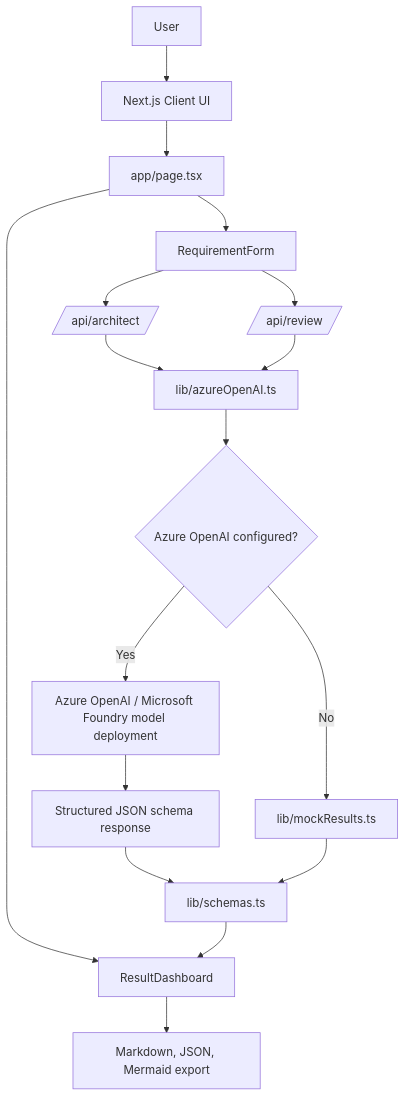
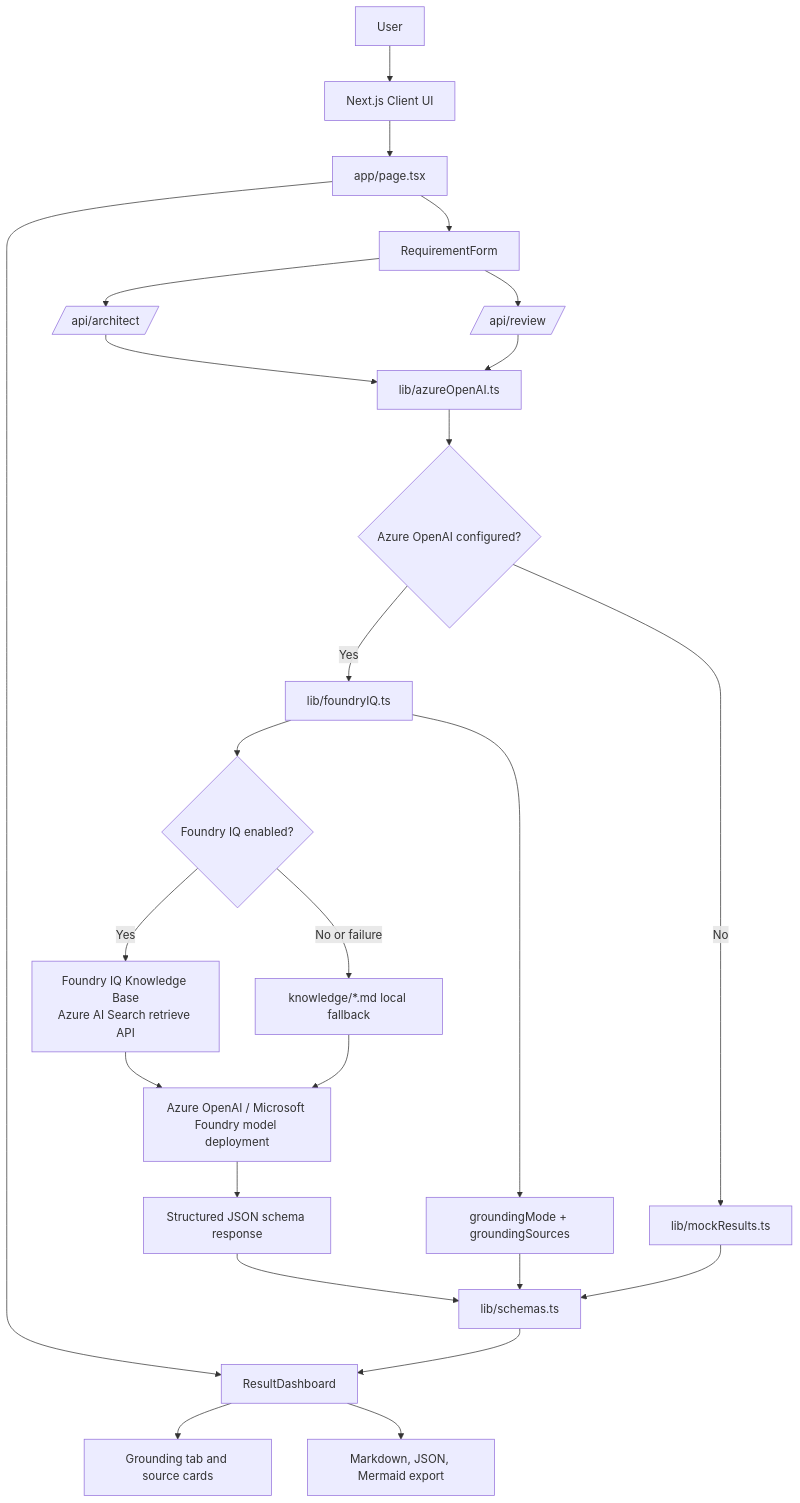
One commit to beretests/Power-Platform-Solution-Architect-Agent changed the first of 9 diagrams in docs/architecture.md. Above: the diagram before and after it, drawn with Mermaid. The commit also changed other lines of this file and 24 other files, not shown here.

Commit message:
Implement Foundry IQ grounding

````diff
--- a/docs/architecture.md
+++ b/docs/architecture.md
@@ -12,24 +12,33 @@
 ```mermaid
 flowchart TD
     User[User] --> Browser[Next.js Client UI]
     Browser --> Page[app/page.tsx]
     Page --> Form[RequirementForm]
     Page --> Dashboard[ResultDashboard]
 
     Form --> ArchitectRoute[/api/architect/]
     Form --> ReviewRoute[/api/review/]
 
     ArchitectRoute --> AzureWrapper[lib/azureOpenAI.ts]
     ReviewRoute --> AzureWrapper
 
     AzureWrapper --> EnvCheck{Azure OpenAI configured?}
-    EnvCheck -->|Yes| AzureOpenAI[Azure OpenAI / Microsoft Foundry model deployment]
+    EnvCheck -->|Yes| Grounding[lib/foundryIQ.ts]
     EnvCheck -->|No| MockResults[lib/mockResults.ts]
+
+    Grounding --> GroundingMode{Foundry IQ enabled?}
+    GroundingMode -->|Yes| FoundryIQ[Foundry IQ Knowledge Base<br/>Azure AI Search retrieve API]
+    GroundingMode -->|No or failure| LocalKnowledge[knowledge/*.md local fallback]
+    FoundryIQ --> AzureOpenAI[Azure OpenAI / Microsoft Foundry model deployment]
+    LocalKnowledge --> AzureOpenAI
 
     AzureOpenAI --> JsonSchema[Structured JSON schema response]
     JsonSchema --> ZodSchemas[lib/schemas.ts]
+    Grounding --> GroundingMetadata[groundingMode + groundingSources]
+    GroundingMetadata --> ZodSchemas
     MockResults --> ZodSchemas
 
     ZodSchemas --> Dashboard
+    Dashboard --> GroundingTab[Grounding tab and source cards]
     Dashboard --> ExportPanel[Markdown, JSON, Mermaid export]
 ```
````
